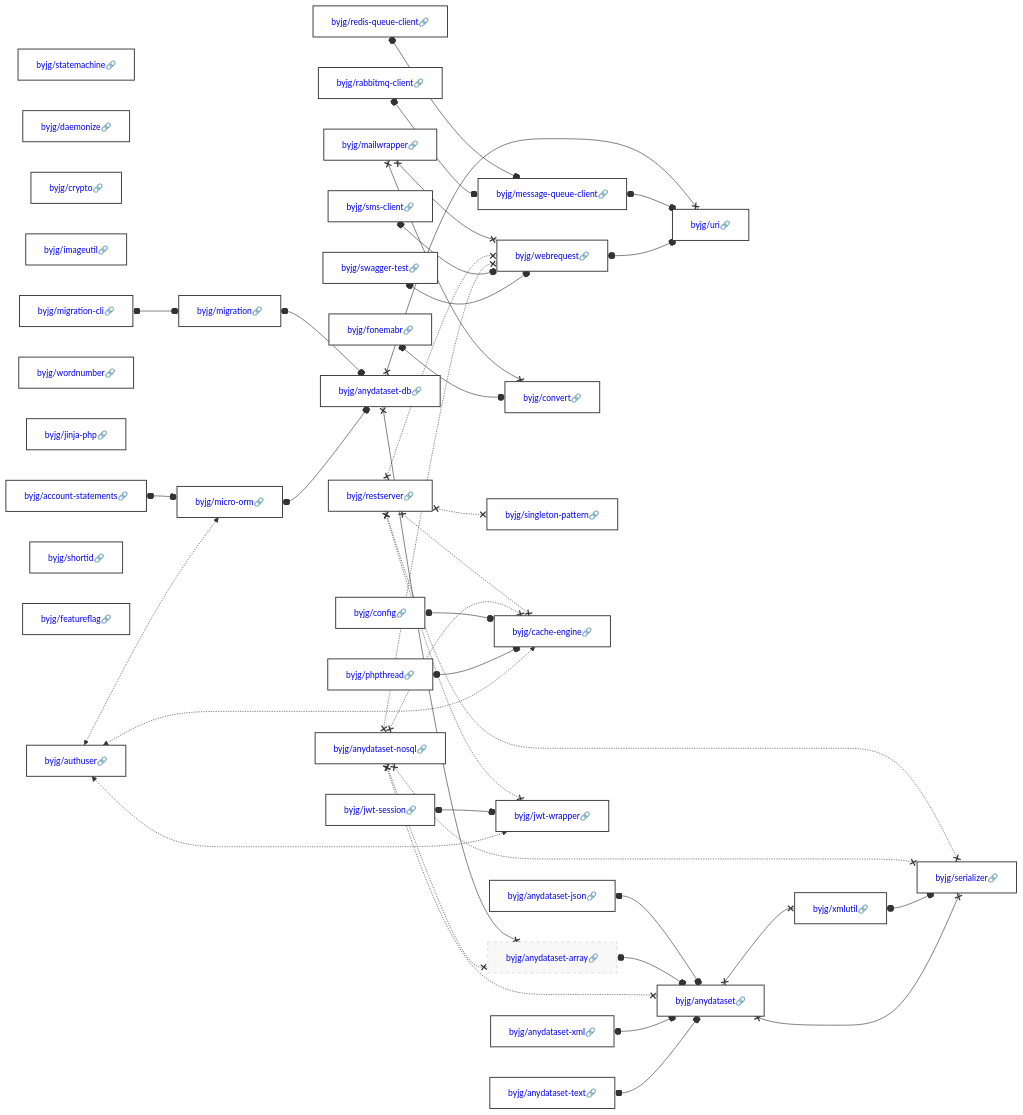
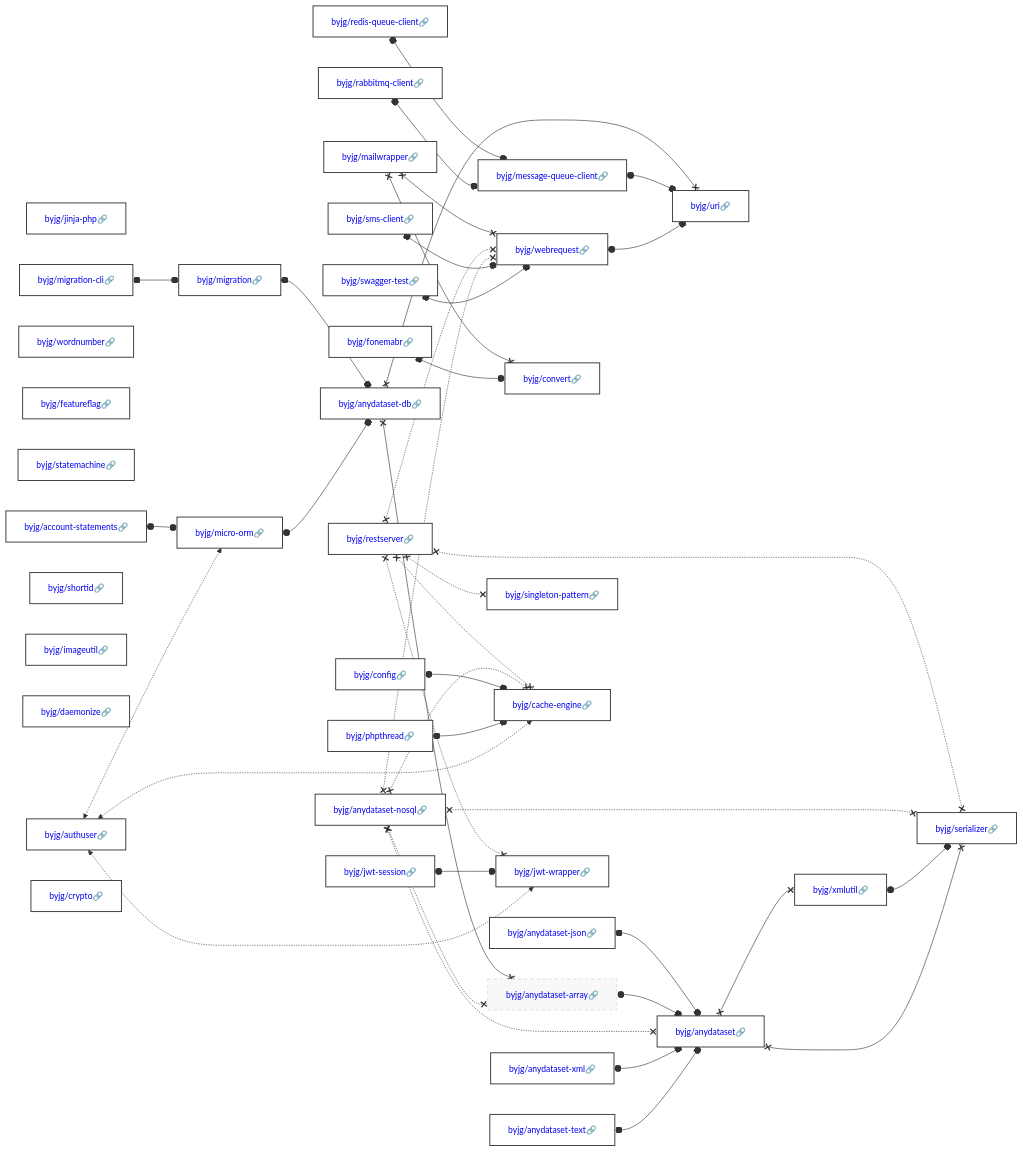
Before and after one commit to byjg/byjg.github.io: the diagram in docs/php/README.md, drawn with Mermaid. The commit also changed other lines of this file, not shown here.

Commit message:
Update documentation 'php' 'php-anydataset-db'

````diff
--- a/docs/php/README.md
+++ b/docs/php/README.md
@@ -3,38 +3,38 @@
 ```mermaid
 graph LR;
-  byjg/statemachine[<a href='https://opensource.byjg.com/docs/php/statemachine' style='text-decoration:none'>byjg/statemachine🔗</a>];
-  byjg/swagger-test[<a href='https://opensource.byjg.com/docs/php/swagger-test' style='text-decoration:none'>byjg/swagger-test🔗</a>];
-  byjg/redis-queue-client[<a href='https://opensource.byjg.com/docs/php/redis-queue-client' style='text-decoration:none'>byjg/redis-queue-client🔗</a>];
-  byjg/jwt-session[<a href='https://opensource.byjg.com/docs/php/jwt-session' style='text-decoration:none'>byjg/jwt-session🔗</a>];
+  byjg/jinja-php[<a href='https://opensource.byjg.com/docs/php/jinja-php' style='text-decoration:none'>byjg/jinja-php🔗</a>];
+  byjg/rabbitmq-client[<a href='https://opensource.byjg.com/docs/php/rabbitmq-client' style='text-decoration:none'>byjg/rabbitmq-client🔗</a>];
+  byjg/migration-cli[<a href='https://opensource.byjg.com/docs/php/migration-cli' style='text-decoration:none'>byjg/migration-cli🔗</a>];
+  byjg/wordnumber[<a href='https://opensource.byjg.com/docs/php/wordnumber' style='text-decoration:none'>byjg/wordnumber🔗</a>];
   byjg/config[<a href='https://opensource.byjg.com/docs/php/config' style='text-decoration:none'>byjg/config🔗</a>];
-  byjg/mailwrapper[<a href='https://opensource.byjg.com/docs/php/mailwrapper' style='text-decoration:none'>byjg/mailwrapper🔗</a>];
+  byjg/featureflag[<a href='https://opensource.byjg.com/docs/php/featureflag' style='text-decoration:none'>byjg/featureflag🔗</a>];
   byjg/anydataset-text[<a href='https://opensource.byjg.com/docs/php/anydataset-text' style='text-decoration:none'>byjg/anydataset-text🔗</a>];
   byjg/phpthread[<a href='https://opensource.byjg.com/docs/php/phpthread' style='text-decoration:none'>byjg/phpthread🔗</a>];
+  byjg/statemachine[<a href='https://opensource.byjg.com/docs/php/statemachine' style='text-decoration:none'>byjg/statemachine🔗</a>];
+  byjg/authuser[<a href='https://opensource.byjg.com/docs/php/authuser' style='text-decoration:none'>byjg/authuser🔗</a>];
+  byjg/sms-client[<a href='https://opensource.byjg.com/docs/php/sms-client' style='text-decoration:none'>byjg/sms-client🔗</a>];
+  byjg/anydataset-xml[<a href='https://opensource.byjg.com/docs/php/anydataset-xml' style='text-decoration:none'>byjg/anydataset-xml🔗</a>];
+  byjg/anydataset-json[<a href='https://opensource.byjg.com/docs/php/anydataset-json' style='text-decoration:none'>byjg/anydataset-json🔗</a>];
+  byjg/fonemabr[<a href='https://opensource.byjg.com/docs/php/fonemabr' style='text-decoration:none'>byjg/fonemabr🔗</a>];
+  byjg/jwt-session[<a href='https://opensource.byjg.com/docs/php/jwt-session' style='text-decoration:none'>byjg/jwt-session🔗</a>];
+  byjg/swagger-test[<a href='https://opensource.byjg.com/docs/php/swagger-test' style='text-decoration:none'>byjg/swagger-test🔗</a>];
+  byjg/shortid[<a href='https://opensource.byjg.com/docs/php/shortid' style='text-decoration:none'>byjg/shortid🔗</a>];
+  byjg/imageutil[<a href='https://opensource.byjg.com/docs/php/imageutil' style='text-decoration:none'>byjg/imageutil🔗</a>];
+  byjg/mailwrapper[<a href='https://opensource.byjg.com/docs/php/mailwrapper' style='text-decoration:none'>byjg/mailwrapper🔗</a>];
+  byjg/daemonize[<a href='https://opensource.byjg.com/docs/php/daemonize' style='text-decoration:none'>byjg/daemonize🔗</a>];
+  byjg/redis-queue-client[<a href='https://opensource.byjg.com/docs/php/redis-queue-client' style='text-decoration:none'>byjg/redis-queue-client🔗</a>];
   byjg/anydataset-nosql[<a href='https://opensource.byjg.com/docs/php/anydataset-nosql' style='text-decoration:none'>byjg/anydataset-nosql🔗</a>];
-  byjg/daemonize[<a href='https://opensource.byjg.com/docs/php/daemonize' style='text-decoration:none'>byjg/daemonize🔗</a>];
-  byjg/fonemabr[<a href='https://opensource.byjg.com/docs/php/fonemabr' style='text-decoration:none'>byjg/fonemabr🔗</a>];
+  byjg/account-statements[<a href='https://opensource.byjg.com/docs/php/account-statements' style='text-decoration:none'>byjg/account-statements🔗</a>];
   byjg/crypto[<a href='https://opensource.byjg.com/docs/php/crypto' style='text-decoration:none'>byjg/crypto🔗</a>];
-  byjg/imageutil[<a href='https://opensource.byjg.com/docs/php/imageutil' style='text-decoration:none'>byjg/imageutil🔗</a>];
-  byjg/authuser[<a href='https://opensource.byjg.com/docs/php/authuser' style='text-decoration:none'>byjg/authuser🔗</a>];
-  byjg/anydataset-xml[<a href='https://opensource.byjg.com/docs/php/anydataset-xml' style='text-decoration:none'>byjg/anydataset-xml🔗</a>];
-  byjg/sms-client[<a href='https://opensource.byjg.com/docs/php/sms-client' style='text-decoration:none'>byjg/sms-client🔗</a>];
-  byjg/wordnumber[<a href='https://opensource.byjg.com/docs/php/wordnumber' style='text-decoration:none'>byjg/wordnumber🔗</a>];
   byjg/restserver[<a href='https://opensource.byjg.com/docs/php/restserver' style='text-decoration:none'>byjg/restserver🔗</a>];
-  byjg/anydataset-json[<a href='https://opensource.byjg.com/docs/php/anydataset-json' style='text-decoration:none'>byjg/anydataset-json🔗</a>];
-  byjg/jinja-php[<a href='https://opensource.byjg.com/docs/php/jinja-php' style='text-decoration:none'>byjg/jinja-php🔗</a>];
-  byjg/migration-cli[<a href='https://opensource.byjg.com/docs/php/migration-cli' style='text-decoration:none'>byjg/migration-cli🔗</a>];
-  byjg/shortid[<a href='https://opensource.byjg.com/docs/php/shortid' style='text-decoration:none'>byjg/shortid🔗</a>];
-  byjg/featureflag[<a href='https://opensource.byjg.com/docs/php/featureflag' style='text-decoration:none'>byjg/featureflag🔗</a>];
-  byjg/rabbitmq-client[<a href='https://opensource.byjg.com/docs/php/rabbitmq-client' style='text-decoration:none'>byjg/rabbitmq-client🔗</a>];
-  byjg/account-statements[<a href='https://opensource.byjg.com/docs/php/account-statements' style='text-decoration:none'>byjg/account-statements🔗</a>];
+  byjg/migration[<a href='https://opensource.byjg.com/docs/php/migration' style='text-decoration:none'>byjg/migration🔗</a>];
   byjg/convert[<a href='https://opensource.byjg.com/docs/php/convert' style='text-decoration:none'>byjg/convert🔗</a>];
+  byjg/message-queue-client[<a href='https://opensource.byjg.com/docs/php/message-queue-client' style='text-decoration:none'>byjg/message-queue-client🔗</a>];
+  byjg/micro-orm[<a href='https://opensource.byjg.com/docs/php/micro-orm' style='text-decoration:none'>byjg/micro-orm🔗</a>];
   byjg/singleton-pattern[<a href='https://opensource.byjg.com/docs/php/singleton-pattern' style='text-decoration:none'>byjg/singleton-pattern🔗</a>];
   byjg/cache-engine[<a href='https://opensource.byjg.com/docs/php/cache-engine' style='text-decoration:none'>byjg/cache-engine🔗</a>];
   byjg/webrequest[<a href='https://opensource.byjg.com/docs/php/webrequest' style='text-decoration:none'>byjg/webrequest🔗</a>];
   byjg/jwt-wrapper[<a href='https://opensource.byjg.com/docs/php/jwt-wrapper' style='text-decoration:none'>byjg/jwt-wrapper🔗</a>];
-  byjg/migration[<a href='https://opensource.byjg.com/docs/php/migration' style='text-decoration:none'>byjg/migration🔗</a>];
-  byjg/message-queue-client[<a href='https://opensource.byjg.com/docs/php/message-queue-client' style='text-decoration:none'>byjg/message-queue-client🔗</a>];
-  byjg/micro-orm[<a href='https://opensource.byjg.com/docs/php/micro-orm' style='text-decoration:none'>byjg/micro-orm🔗</a>];
   byjg/anydataset-db[<a href='https://opensource.byjg.com/docs/php/anydataset-db' style='text-decoration:none'>byjg/anydataset-db🔗</a>];
   byjg/anydataset-array[<a href='https://opensource.byjg.com/docs/php/anydataset-array' style='text-decoration:none'>byjg/anydataset-array🔗</a>];
   byjg/uri[<a href='https://opensource.byjg.com/docs/php/uri' style='text-decoration:none'>byjg/uri🔗</a>];
````
